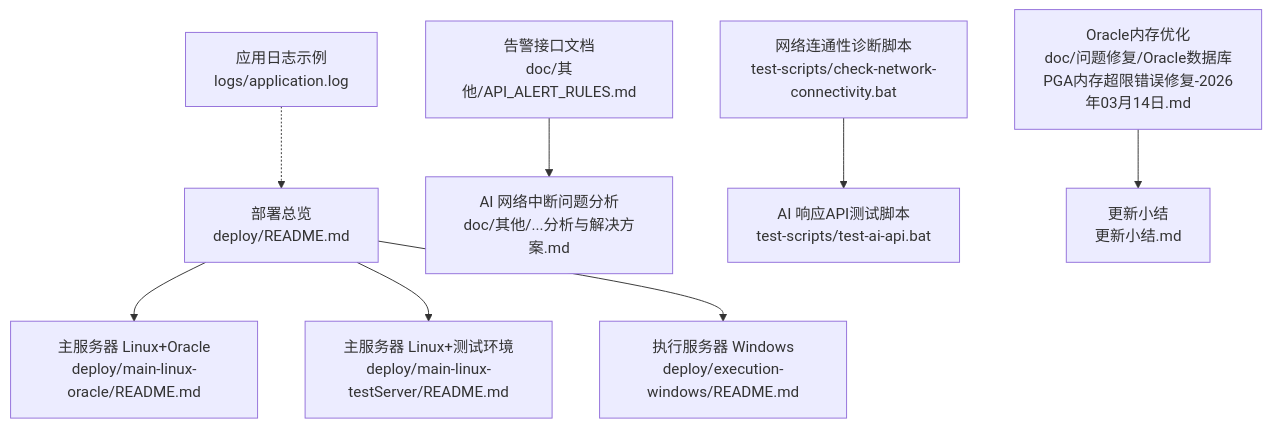
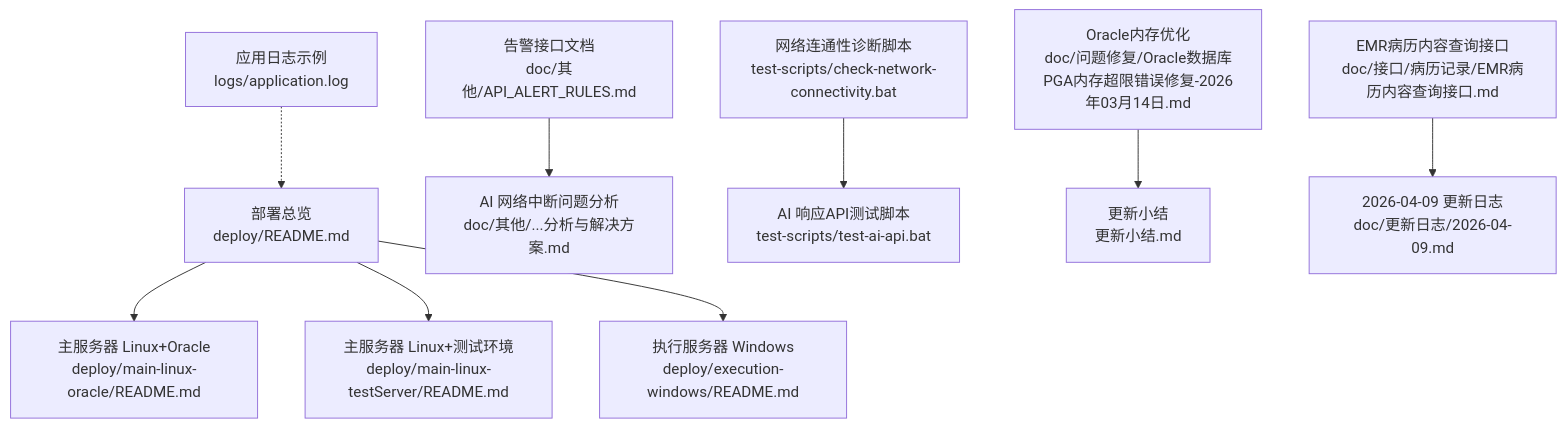
The first of 4 diagrams in .qoder/repowiki/zh/content/故障排除.md (liuzh2008/med_ai_assistant_workspace), drawn with Mermaid before and after one commit. The commit also changed other lines of this file and 9 other files, not shown here.

````diff
--- a/.qoder/repowiki/zh/content/故障排除.md
+++ b/.qoder/repowiki/zh/content/故障排除.md
@@ -44,10 +52,11 @@
 ```mermaid
 graph TB
 A["部署总览<br/>deploy/README.md"] --> B["主服务器 Linux+Oracle<br/>deploy/main-linux-oracle/README.md"]
 A --> C["主服务器 Linux+测试环境<br/>deploy/main-linux-testServer/README.md"]
 A --> D["执行服务器 Windows<br/>deploy/execution-windows/README.md"]
 E["告警接口文档<br/>doc/其他/API_ALERT_RULES.md"] --> F["AI 网络中断问题分析<br/>doc/其他/...分析与解决方案.md"]
 G["网络连通性诊断脚本<br/>test-scripts/check-network-connectivity.bat"] --> H["AI 响应API测试脚本<br/>test-scripts/test-ai-api.bat"]
 I["应用日志示例<br/>logs/application.log"] -.-> A
 J["Oracle内存优化<br/>doc/问题修复/Oracle数据库PGA内存超限错误修复-2026年03月14日.md"] --> K["更新小结<br/>更新小结.md"]
+L["EMR病历内容查询接口<br/>doc/接口/病历记录/EMR病历内容查询接口.md"] --> M["2026-04-09 更新日志<br/>doc/更新日志/2026-04-09.md"]
 ```
````
